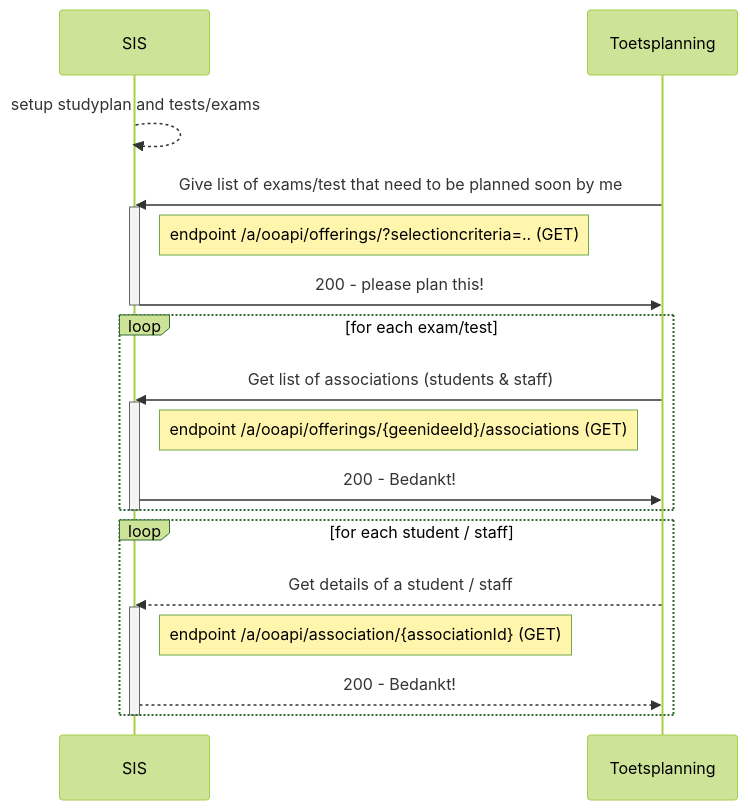
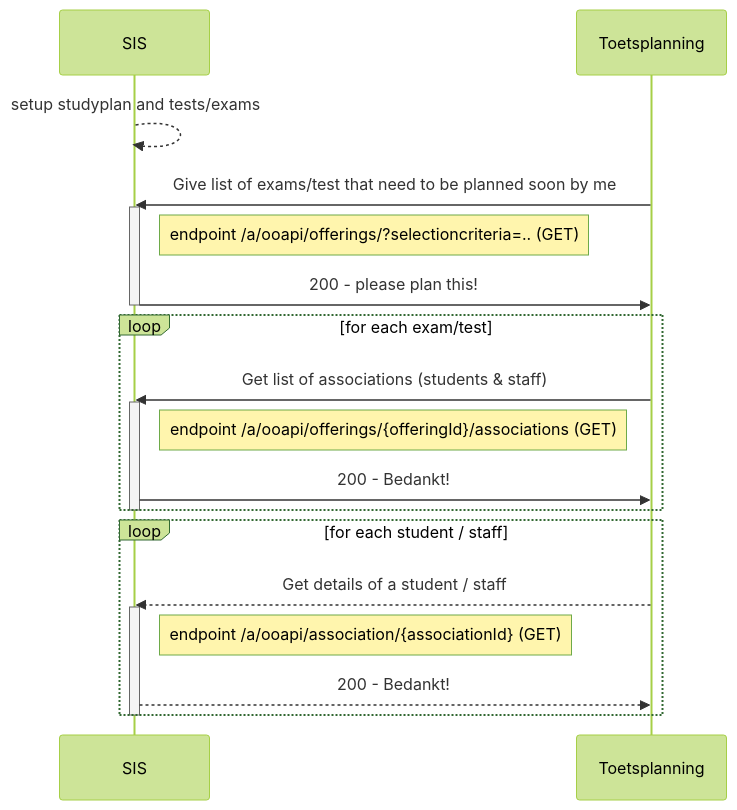
The first of 4 diagrams in doc/flow1.md (NetwerkExamineringDigitalisering/NED-OOAPI), drawn with Mermaid (forest theme) before and after one commit. The commit also changed other lines of this file, not shown here.

````diff
--- a/doc/flow1.md
+++ b/doc/flow1.md
@@ -36,28 +37,28 @@
 ```mermaid
 sequenceDiagram
     participant SIS
     participant Toetsplanning
     SIS-->>SIS: setup studyplan and tests/exams
     Toetsplanning->>SIS : Give list of exams/test that need to be planned soon by me
     activate SIS
     Note right of SIS: endpoint /a/ooapi/offerings/?selectioncriteria=.. (GET)
     SIS->>Toetsplanning : 200 - please plan this!
     deactivate SIS
 
     loop for each exam/test
         Toetsplanning->>SIS: Get list of associations (students & staff)
         activate SIS
-        Note right of SIS: endpoint /a/ooapi/offerings/{geenideeId}/associations (GET)
+        Note right of SIS: endpoint /a/ooapi/offerings/{offeringId}/associations (GET)
         SIS->>Toetsplanning: 200 - Bedankt!
     end
     deactivate SIS
 
     loop for each student / staff
         Toetsplanning-->>SIS: Get details of a student / staff
         activate SIS
         Note right of SIS: endpoint /a/ooapi/association/{associationId} (GET)
         SIS-->>Toetsplanning: 200 - Bedankt!
     end
     deactivate SIS
 
 ```
````
